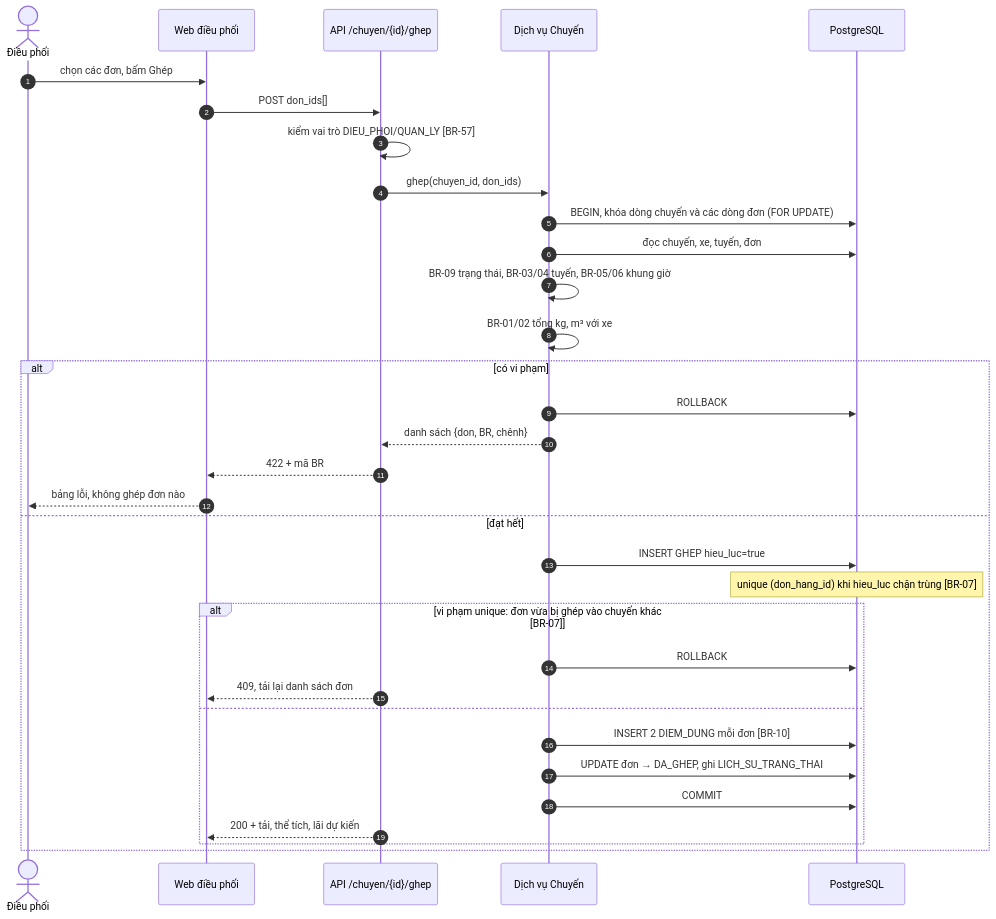
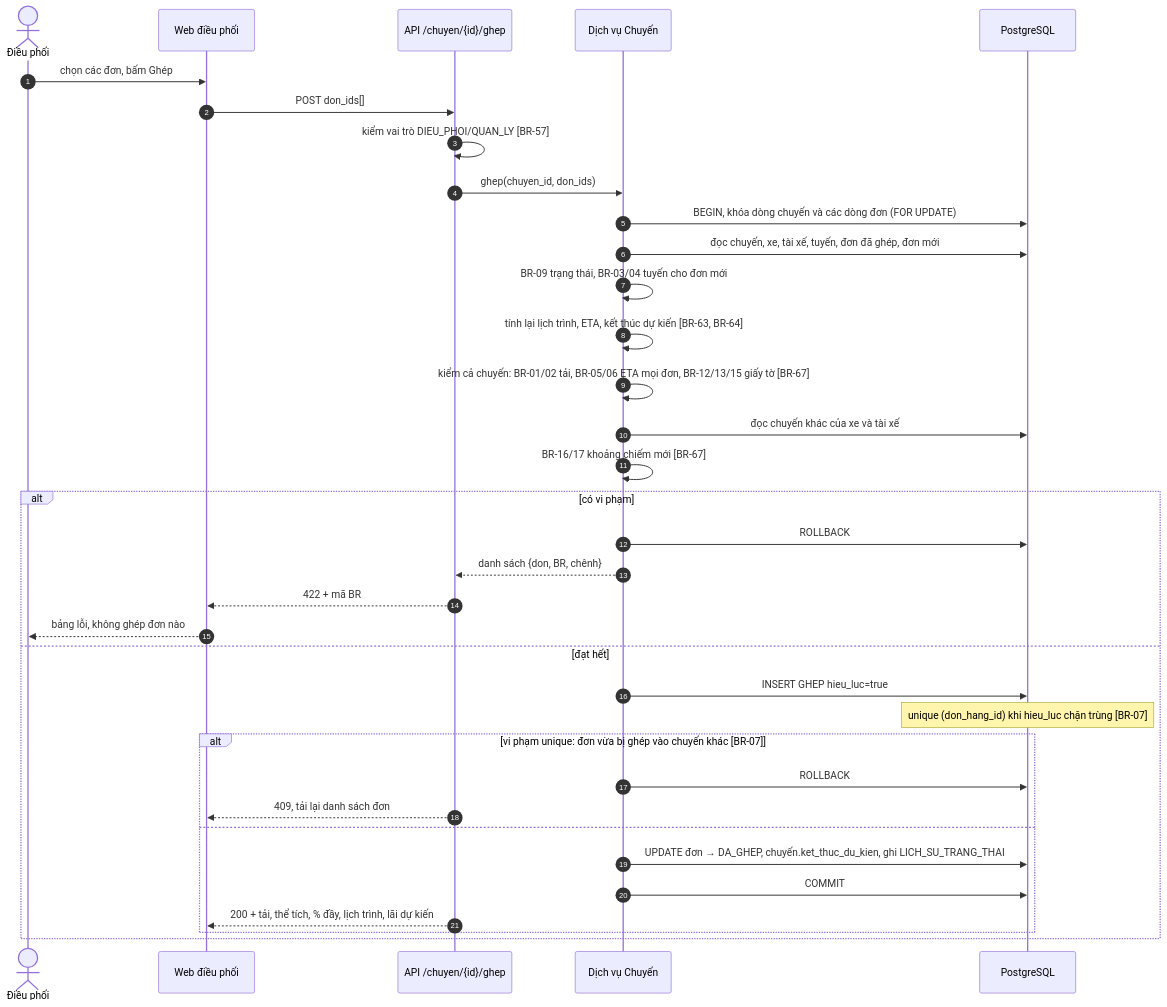
One commit to takidang/QLVC changed the eighth of 10 diagrams in docs/so-do.md. Above: the diagram before and after it, drawn with Mermaid. The commit also changed other lines of this file and 5 other files, not shown here.

First line of the commit message:
Nghiệp vụ 0.5 (Kiệt đề xuất): chuyến 6 trạng thái, đơn 7, mô hình thời gian

````diff
--- a/docs/so-do.md
+++ b/docs/so-do.md
@@ -555,35 +576,37 @@
 ```mermaid
 sequenceDiagram
   autonumber
   actor DP as Điều phối
   participant UI as Web điều phối
   participant API as API /chuyen/{id}/ghep
   participant SV as Dịch vụ Chuyến
   participant DB as PostgreSQL
   DP->>UI: chọn các đơn, bấm Ghép
   UI->>API: POST don_ids[]
   API->>API: kiểm vai trò DIEU_PHOI/QUAN_LY [BR-57]
   API->>SV: ghep(chuyen_id, don_ids)
   SV->>DB: BEGIN, khóa dòng chuyến và các dòng đơn (FOR UPDATE)
-  SV->>DB: đọc chuyến, xe, tuyến, đơn
-  SV->>SV: BR-09 trạng thái, BR-03/04 tuyến, BR-05/06 khung giờ
-  SV->>SV: BR-01/02 tổng kg, m³ với xe
+  SV->>DB: đọc chuyến, xe, tài xế, tuyến, đơn đã ghép, đơn mới
+  SV->>SV: BR-09 trạng thái, BR-03/04 tuyến cho đơn mới
+  SV->>SV: tính lại lịch trình, ETA, kết thúc dự kiến [BR-63, BR-64]
+  SV->>SV: kiểm cả chuyến: BR-01/02 tải, BR-05/06 ETA mọi đơn, BR-12/13/15 giấy tờ [BR-67]
+  SV->>DB: đọc chuyến khác của xe và tài xế
+  SV->>SV: BR-16/17 khoảng chiếm mới [BR-67]
   alt có vi phạm
     SV->>DB: ROLLBACK
     SV-->>API: danh sách {don, BR, chênh}
     API-->>UI: 422 + mã BR
     UI-->>DP: bảng lỗi, không ghép đơn nào
   else đạt hết
     SV->>DB: INSERT GHEP hieu_luc=true
     Note over DB: unique (don_hang_id) khi hieu_luc chặn trùng [BR-07]
     alt vi phạm unique: đơn vừa bị ghép vào chuyến khác [BR-07]
       SV->>DB: ROLLBACK
       API-->>UI: 409, tải lại danh sách đơn
     else
-      SV->>DB: INSERT 2 DIEM_DUNG mỗi đơn [BR-10]
-      SV->>DB: UPDATE đơn → DA_GHEP, ghi LICH_SU_TRANG_THAI
+      SV->>DB: UPDATE đơn → DA_GHEP, chuyến.ket_thuc_du_kien, ghi LICH_SU_TRANG_THAI
       SV->>DB: COMMIT
-      API-->>UI: 200 + tải, thể tích, lãi dự kiến
+      API-->>UI: 200 + tải, thể tích, % đầy, lịch trình, lãi dự kiến
     end
   end
 ```
````
